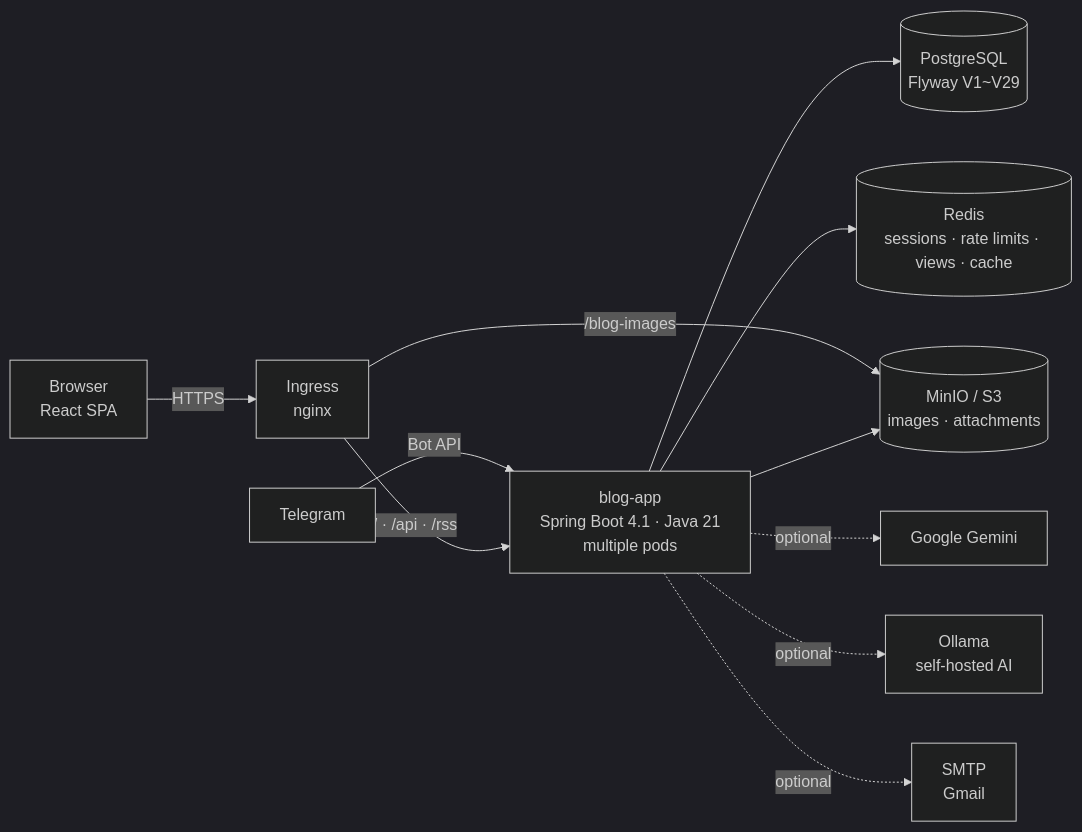
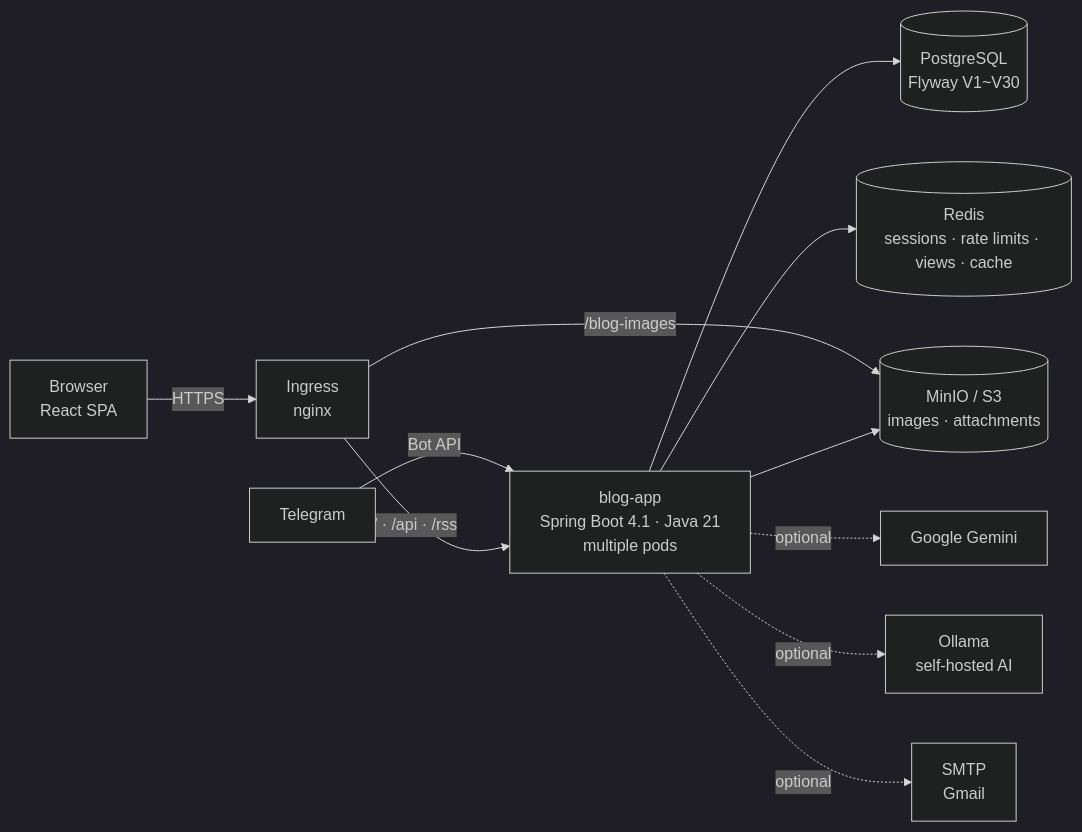
The first of 3 diagrams in README.en.md (AIGJ-01-002-blog/Devlog), drawn with Mermaid (dark theme) before and after one commit. The commit also changed other lines of this file and 39 other files, not shown here.

````diff
--- a/README.en.md
+++ b/README.en.md
@@ -151,13 +151,13 @@
 ```mermaid
 flowchart LR
     B[Browser<br/>React SPA] -->|HTTPS| I[Ingress<br/>nginx]
     T[Telegram] -->|Bot API| A
     I -->|/ · /api · /rss| A[blog-app<br/>Spring Boot 4.1 · Java 21<br/>multiple pods]
     I -->|/blog-images| M[(MinIO / S3<br/>images · attachments)]
-    A --> P[(PostgreSQL<br/>Flyway V1~V29)]
+    A --> P[(PostgreSQL<br/>Flyway V1~V30)]
     A --> R[(Redis<br/>sessions · rate limits · views · cache)]
     A --> M
     A -.optional.-> G[Google Gemini]
     A -.optional.-> O[Ollama<br/>self-hosted AI]
     A -.optional.-> S[SMTP<br/>Gmail]
 ```
````
